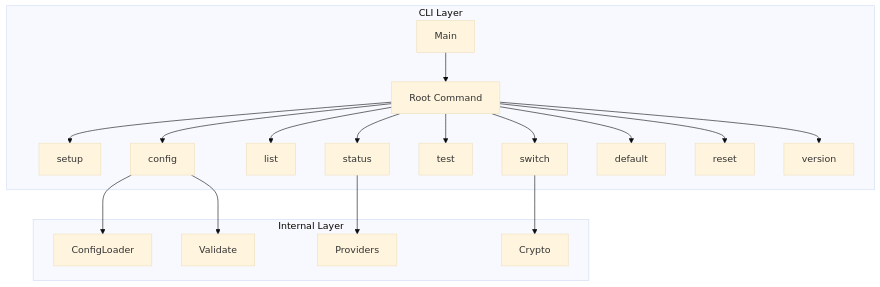
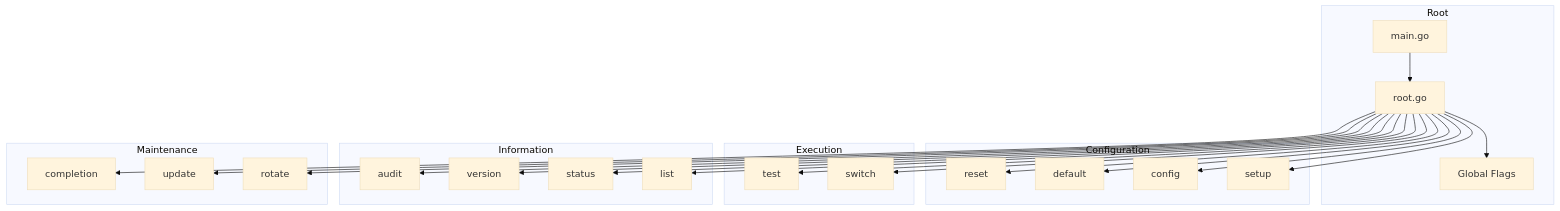
One commit to dkmnx/kairo changed the diagram in cmd/README.md. Above: the diagram before and after it, drawn with Mermaid (base theme). The commit also changed other lines of this file and 5 other files, not shown here.

First line of the commit message:
docs: update documentation for audit feature and architecture

````diff
--- a/cmd/README.md
+++ b/cmd/README.md
@@ -44,22 +26,32 @@
 ```mermaid
 flowchart TB
-    subgraph CLI Layer
-        Main --> Root[Root Command]
-        Root --> Setup[setup]
-        Root --> Config[config]
-        Root --> List[list]
-        Root --> Status[status]
-        Root --> Test[test]
-        Root --> Switch[switch]
-        Root --> Default[default]
-        Root --> Reset[reset]
-        Root --> Version[version]
+    subgraph Root
+        Main[main.go] --> RootCmd[root.go]
+        RootCmd --> Flags[Global Flags]
     end
 
-    subgraph Internal Layer
-        Config --> ConfigLoader
-        Switch --> Crypto
-        Status --> Providers
-        Config --> Validate
+    subgraph Configuration
+        RootCmd --> Setup[setup]
+        RootCmd --> Config[config]
+        RootCmd --> DefaultCmd[default]
+        RootCmd --> Reset[reset]
+    end
+
+    subgraph Execution
+        RootCmd --> Switch[switch]
+        RootCmd --> Test[test]
+    end
+
+    subgraph Information
+        RootCmd --> List[list]
+        RootCmd --> Status[status]
+        RootCmd --> Version[version]
+        RootCmd --> Audit[audit]
+    end
+
+    subgraph Maintenance
+        RootCmd --> Rotate[rotate]
+        RootCmd --> Update[update]
+        RootCmd --> Completion[completion]
     end
 ```
````
